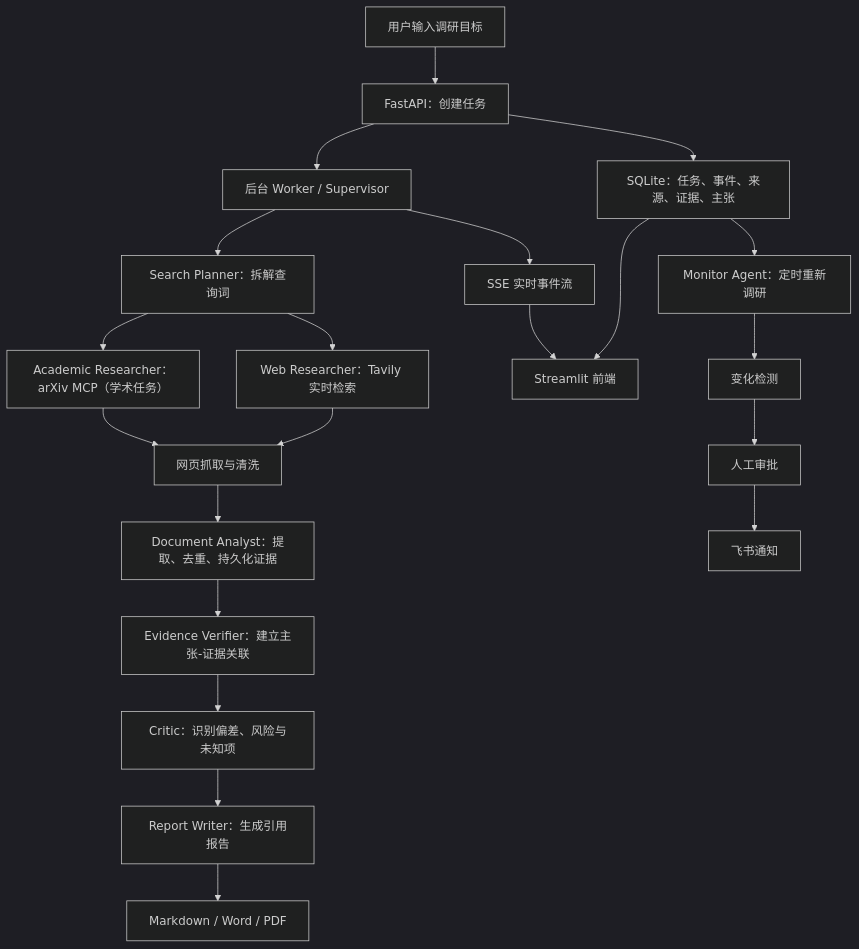
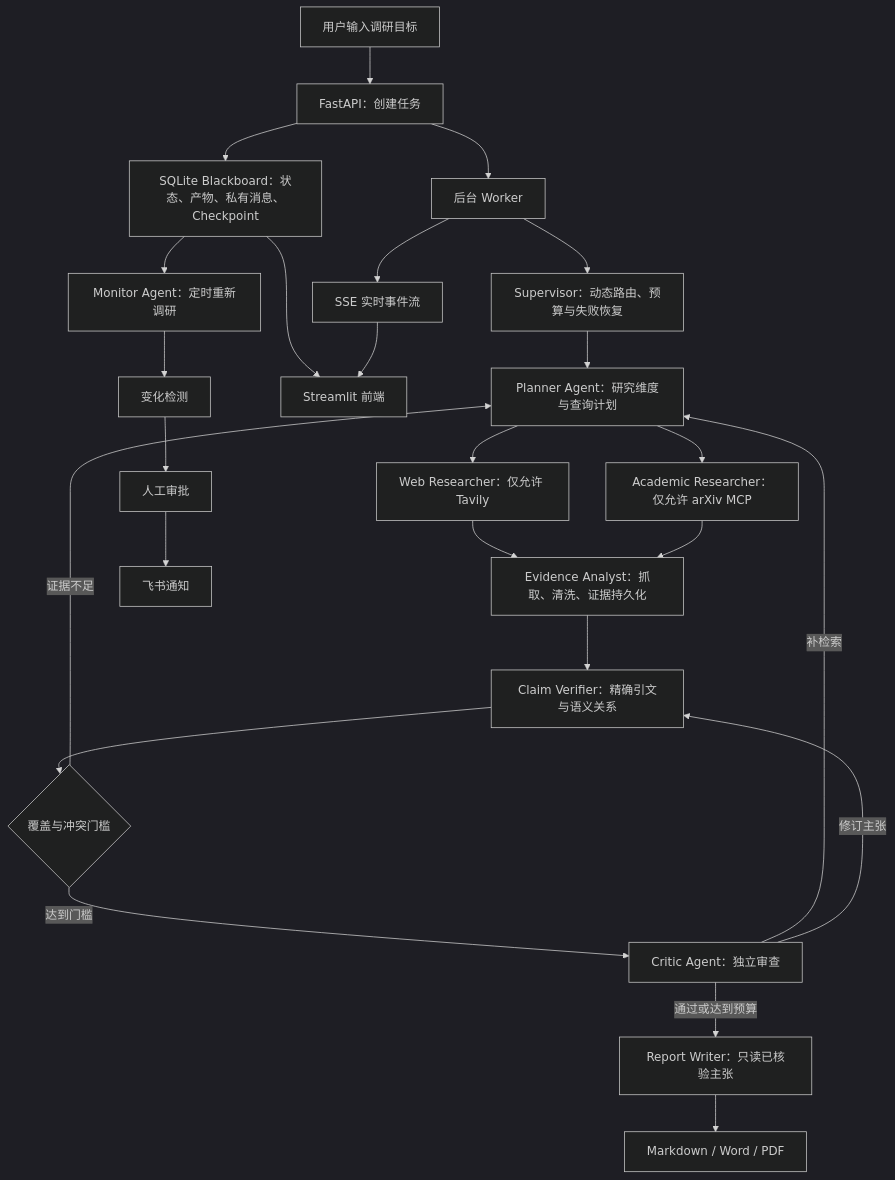
The diagram in README.md (TXXX-666/InsightPilot), drawn with Mermaid (dark theme) before and after one commit. The commit also changed other lines of this file and 17 other files, not shown here.

````diff
--- a/README.md
+++ b/README.md
@@ -21,28 +22,30 @@
 ```mermaid
 flowchart TD
     U["用户输入调研目标"] --> API["FastAPI：创建任务"]
-    API --> DB["SQLite：任务、事件、来源、证据、主张"]
-    API --> W["后台 Worker / Supervisor"]
+    API --> DB["SQLite Blackboard：状态、产物、私有消息、Checkpoint"]
+    API --> W["后台 Worker"]
+    W --> SP["Supervisor：动态路由、预算与失败恢复"]
 
-    W --> P["Search Planner：拆解查询词"]
-    P --> S["Web Researcher：Tavily 实时检索"]
-    P --> A["Academic Researcher：arXiv MCP（学术任务）"]
-
-    S --> F["网页抓取与清洗"]
-    A --> F
-    F --> D["Document Analyst：提取、去重、持久化证据"]
-
-    D --> V["Evidence Verifier：建立主张-证据关联"]
-    V --> C["Critic：识别偏差、风险与未知项"]
-    C --> R["Report Writer：生成引用报告"]
+    SP --> P["Planner Agent：研究维度与查询计划"]
+    P --> S["Web Researcher：仅允许 Tavily"]
+    P --> A["Academic Researcher：仅允许 arXiv MCP"]
+    S --> D["Evidence Analyst：抓取、清洗、证据持久化"]
+    A --> D
+    D --> V["Claim Verifier：精确引文与语义关系"]
+    V --> Q{"覆盖与冲突门槛"}
+    Q -- "证据不足" --> P
+    Q -- "达到门槛" --> C["Critic Agent：独立审查"]
+    C -- "补检索" --> P
+    C -- "修订主张" --> V
+    C -- "通过或达到预算" --> R["Report Writer：只读已核验主张"]
     R --> X["Markdown / Word / PDF"]
 
     DB --> UI["Streamlit 前端"]
     W --> SSE["SSE 实时事件流"]
     SSE --> UI
 
     DB --> M["Monitor Agent：定时重新调研"]
     M --> G["变化检测"]
     G --> AP["人工审批"]
     AP --> N["飞书通知"]
 ```
````
